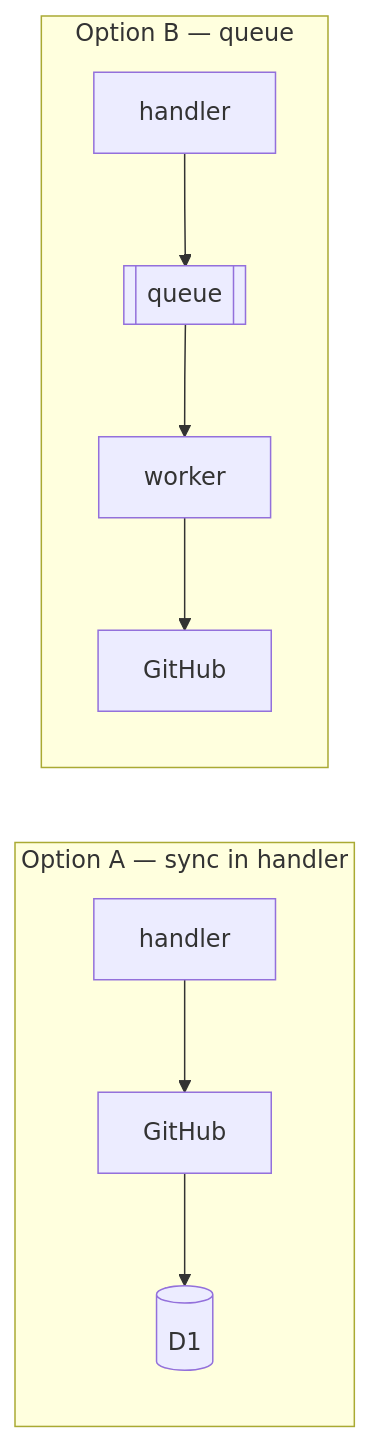
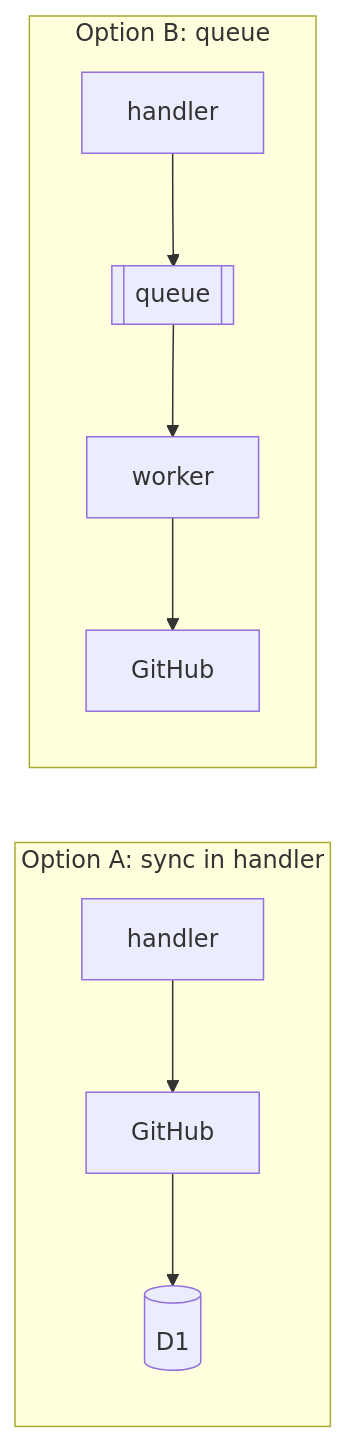
Diagram 11 of 12 in general/write-diagrams/diagrams.md (Ovich/charrette), drawn with Mermaid before and after one commit. The commit also changed other lines of this file and 15 other files, not shown here.

````diff
--- a/general/write-diagrams/diagrams.md
+++ b/general/write-diagrams/diagrams.md
@@ -262,9 +262,9 @@
 ```mermaid
 flowchart LR
-    subgraph A["Option A — sync in handler"]
+    subgraph A["Option A: sync in handler"]
         a1["handler"] --> a2["GitHub"] --> a3[("D1")]
     end
-    subgraph B["Option B — queue"]
+    subgraph B["Option B: queue"]
         b1["handler"] --> b2[["queue"]] --> b3["worker"] --> b4["GitHub"]
     end
 ```
````
